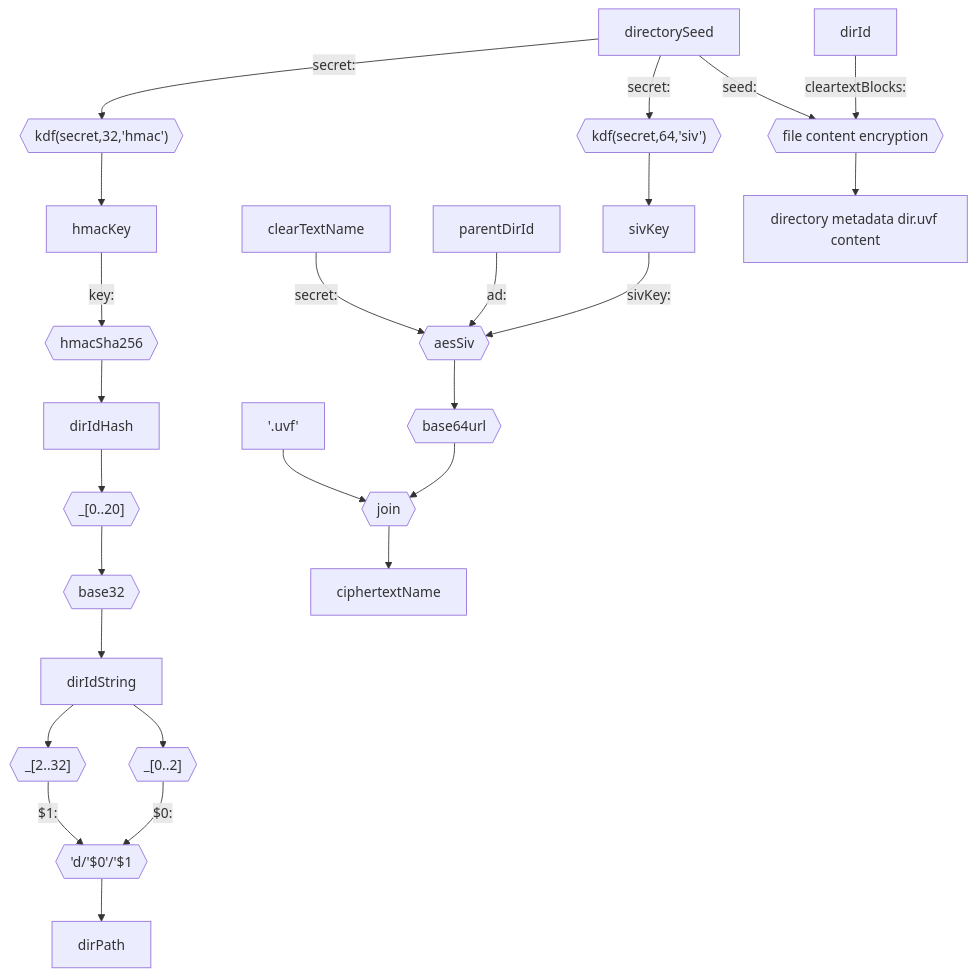
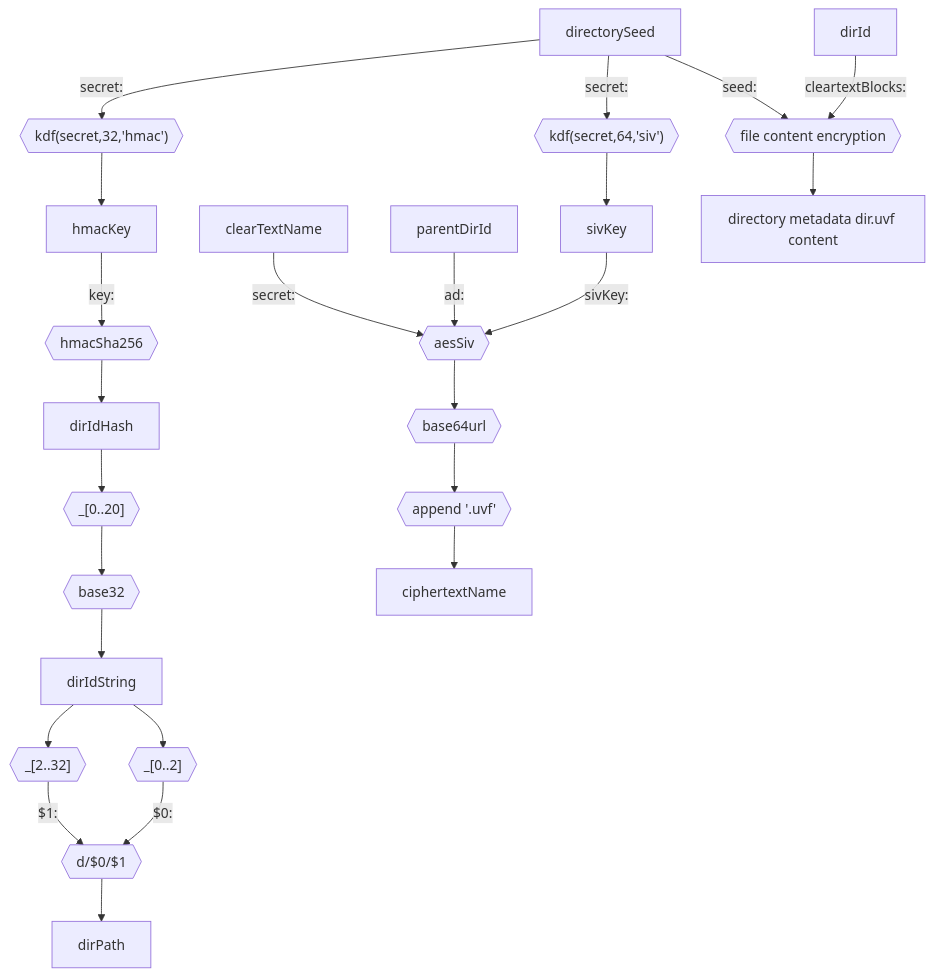
One commit to encryption-alliance/unified-vault-format changed the second of 2 diagrams in file name encryption/AES-SIV-512-B64URL.md. Above: the diagram before and after it, drawn with Mermaid. The commit also changed other lines of this file, not shown here.

````diff
--- a/file name encryption/AES-SIV-512-B64URL.md
+++ b/file name encryption/AES-SIV-512-B64URL.md
@@ -209,41 +229,39 @@
 ```mermaid
 flowchart TD
    directorySeed -->|secret:| kdfSiv
    kdfSiv{{"kdf(secret,64,'siv')"}}
    kdfSiv --> sivKey
    directorySeed -->|secret:| kdfHmac
    kdfHmac{{"kdf(secret,32,'hmac')"}}
    kdfHmac --> hmacKey
    hmacKey -->|key:| hmacSha256
    hmacSha256{{hmacSha256}}
    hmacSha256 --> dirIdHash
    dirIdHash --> truncate
    truncate{{"_[0..20]"}}
    truncate --> base32
    base32{{base32}}
    base32 --> dirIdString
    dirIdString --> head
    head{{"_[0..2]"}}
    dirIdString --> tail
    tail{{"_[2..32]"}}
    head -->|$0:| pattern
    tail -->|$1:| pattern
-   pattern{{"'d/'$0'/'$1"}}
+   pattern{{"d/$0/$1"}}
    pattern --> dirPath
    sivKey -->|sivKey:| aesSiv
    aesSiv{{aesSiv}}
    parentDirId -->|ad:| aesSiv
    clearTextName -->|secret:| aesSiv
    aesSiv --> base64Url
    base64Url{{base64url}}
-   base64Url --> join
-   uvf --> join
-   uvf["'.uvf'"]
-   join{{"join"}}
-   join --> ciphertextName
+   base64Url --> appendFileExt
+   appendFileExt{{"append '.uvf'"}}
+   appendFileExt --> ciphertextName
    dirId -->|cleartextBlocks:| fileContentEncryption
    fileContentEncryption{{file content encryption}}
    directorySeed -->|seed:| fileContentEncryption
    fileContentEncryption --> dirUvf
    dirUvf["directory metadata dir.uvf content"]
 ```
````
